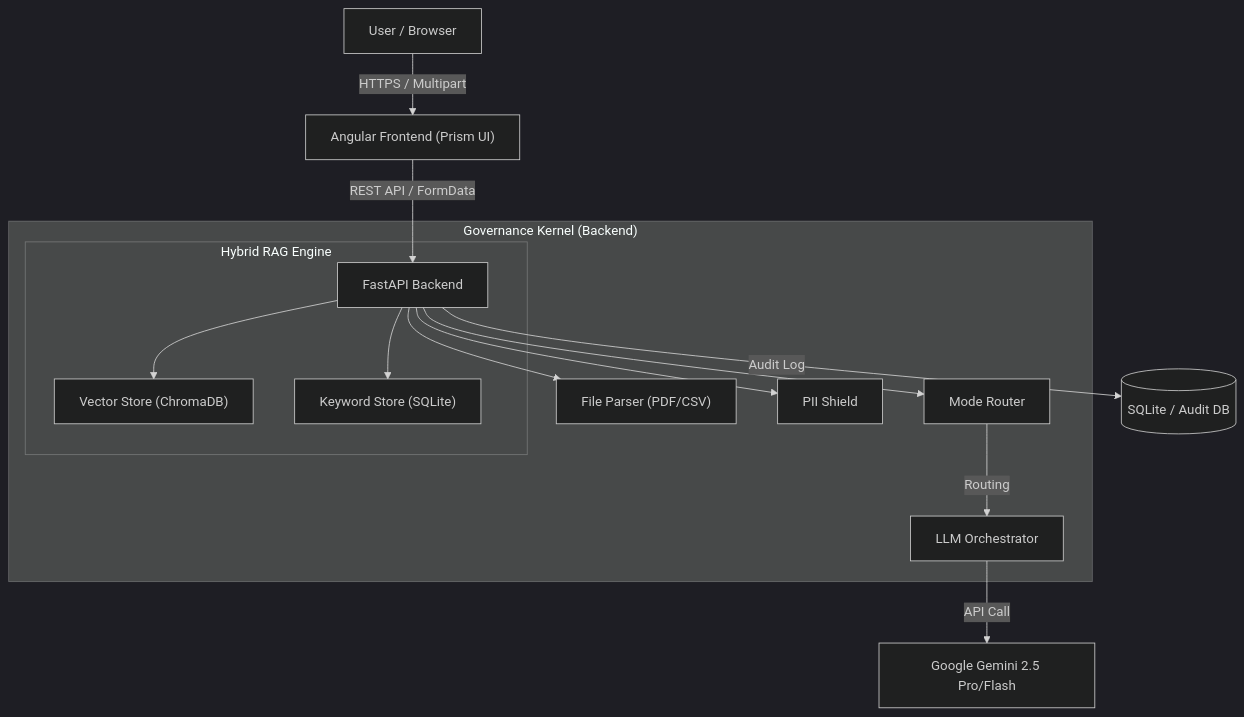
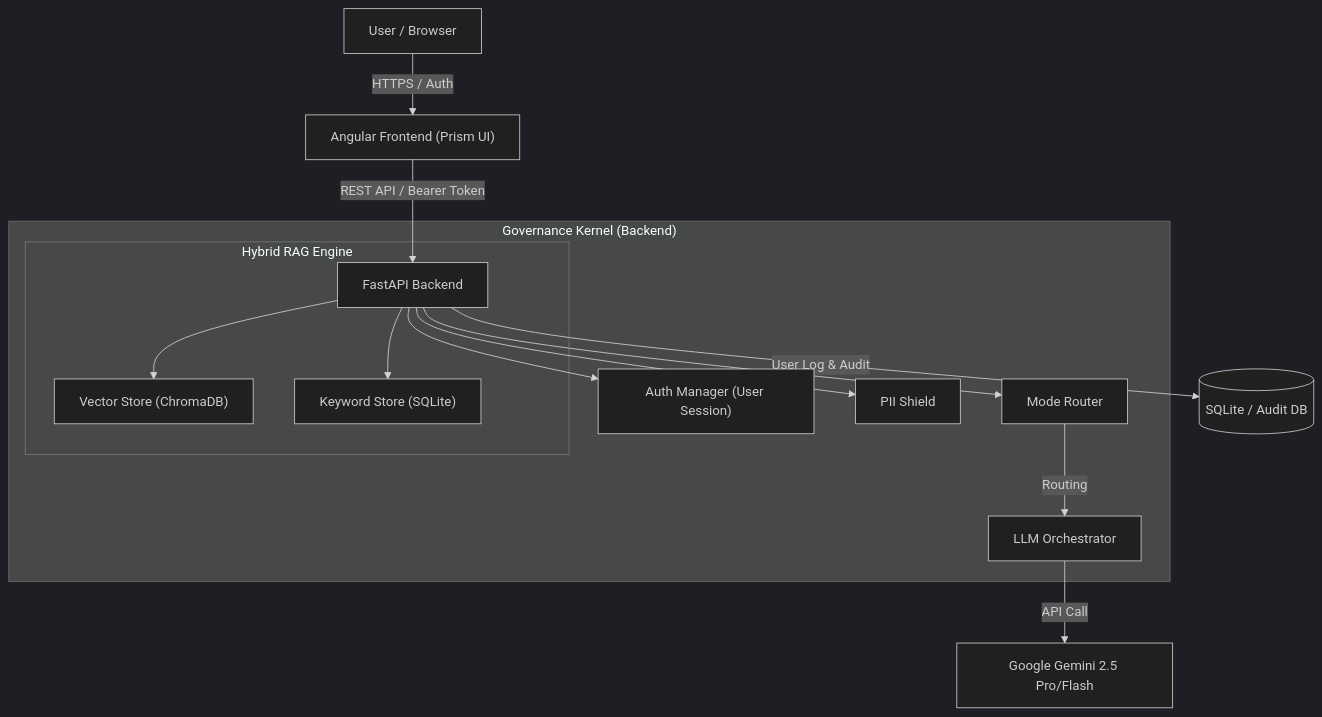
The diagram in README.md (KanadeYumesaki/prism-enterprise-ai), drawn with Mermaid (dark theme) before and after one commit. The commit also changed other lines of this file and 7 other files, not shown here.

Commit message:
refactor: Enforce gemini.md specs (Async/Safe/FormData)

`````diff
--- a/README.md
+++ b/README.md
@@ -42,20 +47,20 @@
 ```mermaid
 graph TD
-    User["User / Browser"] -->|"HTTPS / Multipart"| FE["Angular Frontend (Prism UI)"]
-    FE -->|"REST API / FormData"| BE["FastAPI Backend"]
+    User["User / Browser"] -->|"HTTPS / Auth"| FE["Angular Frontend (Prism UI)"]
+    FE -->|"REST API / Bearer Token"| BE["FastAPI Backend"]
     
     subgraph "Governance Kernel (Backend)"
-        BE --> Parser["File Parser (PDF/CSV)"]
+        BE --> Auth["Auth Manager (User Session)"]
         BE --> Router["Mode Router"]
         BE --> PII["PII Shield"]
         Router -->|"Routing"| Model["LLM Orchestrator"]
         
         subgraph "Hybrid RAG Engine"
             BE --> Vector["Vector Store (ChromaDB)"]
             BE --> Keyword["Keyword Store (SQLite)"]
         end
     end
     
     Model -->|"API Call"| Google["Google Gemini 2.5 Pro/Flash"]
-    BE -->|"Audit Log"| DB[("SQLite / Audit DB")]
+    BE -->|"User Log & Audit"| DB[("SQLite / Audit DB")]
 ````
`````
